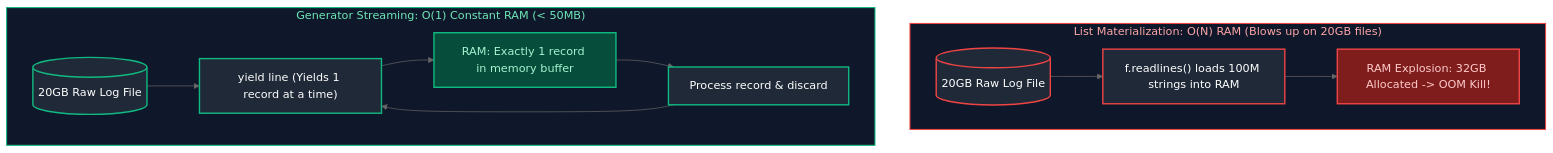
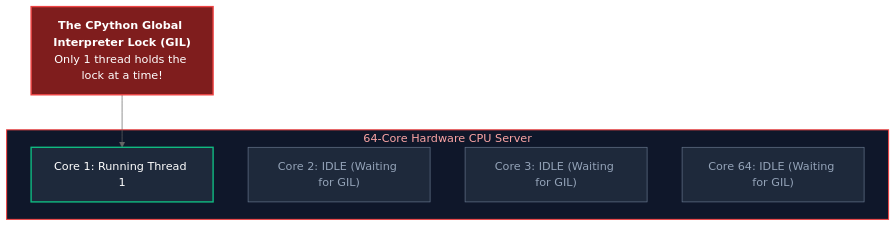
One commit to joydeep-biswas/Interview-Preparation changed the fifth of 9 diagrams in Data Engineering/03_python_for_data_engineering.md. Above: the diagram before and after it, drawn with Mermaid (neutral theme). The commit also changed other lines of this file and 143 other files, not shown here.

````diff
--- a/Data Engineering/03_python_for_data_engineering.md
+++ b/Data Engineering/03_python_for_data_engineering.md
@@ -126,25 +220,19 @@
 ```mermaid
 flowchart TD
-    subgraph ListBlowout ["List Materialization: O(N) RAM (Blows up on 20GB files)"]
-        DiskFile1[(20GB Raw Log File)] --> ReadAll["f.readlines() loads 100M strings into RAM"]
-        ReadAll --> RAM1["RAM Explosion: 32GB Allocated -> OOM Kill!"]
+    subgraph MultiCoreCPU ["64-Core Hardware CPU Server"]
+        Core1["Core 1: Running Thread 1"]
+        Core2["Core 2: IDLE (Waiting for GIL)"]
+        Core3["Core 3: IDLE (Waiting for GIL)"]
+        CoreN["Core 64: IDLE (Waiting for GIL)"]
     end
 
-    subgraph GeneratorStream ["Generator Streaming: O(1) Constant RAM (< 50MB)"]
-        DiskFile2[(20GB Raw Log File)] --> YieldLine["yield line (Yields 1 record at a time)"]
-        YieldLine --> RAM2["RAM: Exactly 1 record in memory buffer"]
-        RAM2 --> Consumer["Process record & discard"]
-        Consumer --> YieldLine
-    end
+    GIL_Lock["<b>The CPython Global Interpreter Lock (GIL)</b><br/>Only 1 thread holds the lock at a time!"]
+    GIL_Lock --> Core1
 
-    style ListBlowout fill:#0f172a,stroke:#ef4444,stroke-width:1.5px,color:#fca5a5
-    style GeneratorStream fill:#0f172a,stroke:#10b981,stroke-width:1.5px,color:#6ee7b7
-
-    style DiskFile1 fill:#1f2937,stroke:#ef4444,stroke-width:2px,color:#fff
-    style ReadAll fill:#1f2937,stroke:#ef4444,stroke-width:2px,color:#fff
-    style RAM1 fill:#7f1d1d,stroke:#ef4444,stroke-width:2px,color:#fecaca
-    style DiskFile2 fill:#1f2937,stroke:#10b981,stroke-width:2px,color:#fff
-    style YieldLine fill:#1f2937,stroke:#10b981,stroke-width:2px,color:#fff
-    style RAM2 fill:#064e3b,stroke:#10b981,stroke-width:2px,color:#a7f3d0
-    style Consumer fill:#1f2937,stroke:#10b981,stroke-width:2px,color:#fff
+    style MultiCoreCPU fill:#0f172a,stroke:#ef4444,stroke-width:1.5px,color:#fca5a5
+    style GIL_Lock fill:#7f1d1d,stroke:#ef4444,stroke-width:2px,color:#fff
+    style Core1 fill:#1e293b,stroke:#10b981,stroke-width:2px,color:#fff
+    style Core2 fill:#1e293b,stroke:#64748b,stroke-width:1px,color:#94a3b8
+    style Core3 fill:#1e293b,stroke:#64748b,stroke-width:1px,color:#94a3b8
+    style CoreN fill:#1e293b,stroke:#64748b,stroke-width:1px,color:#94a3b8
 ```
````
